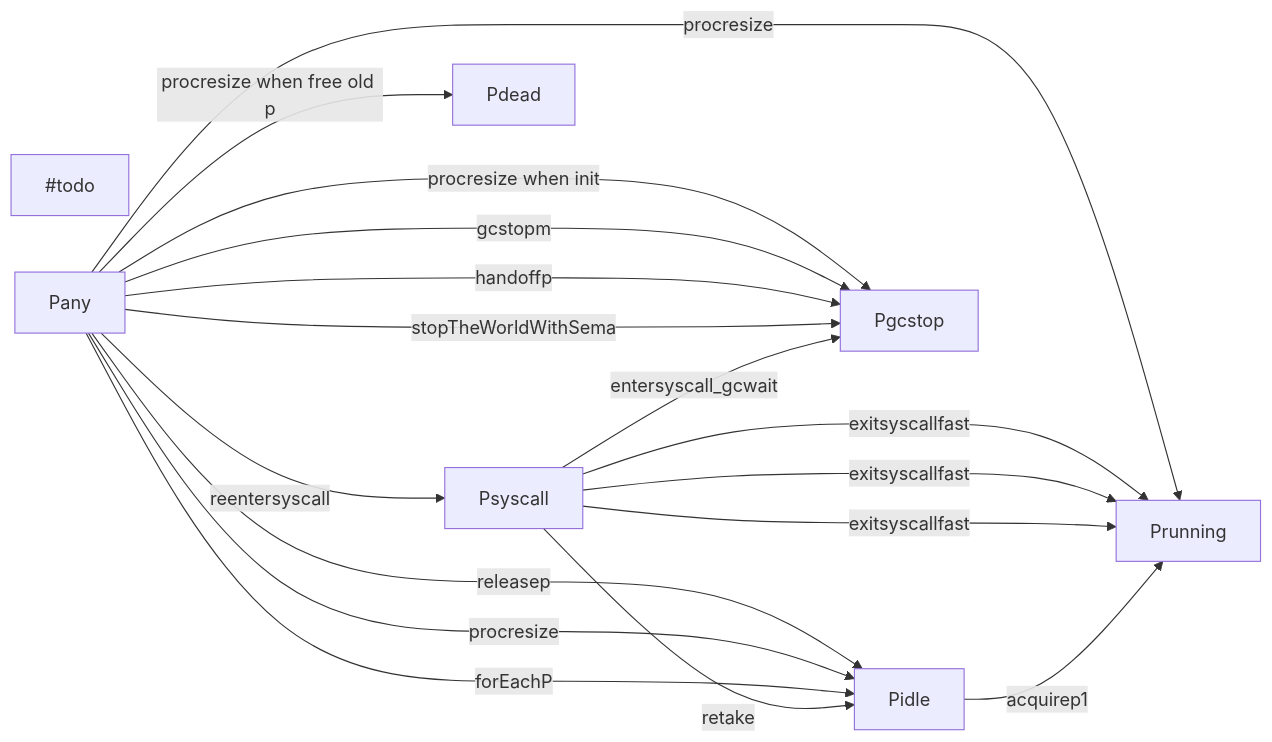
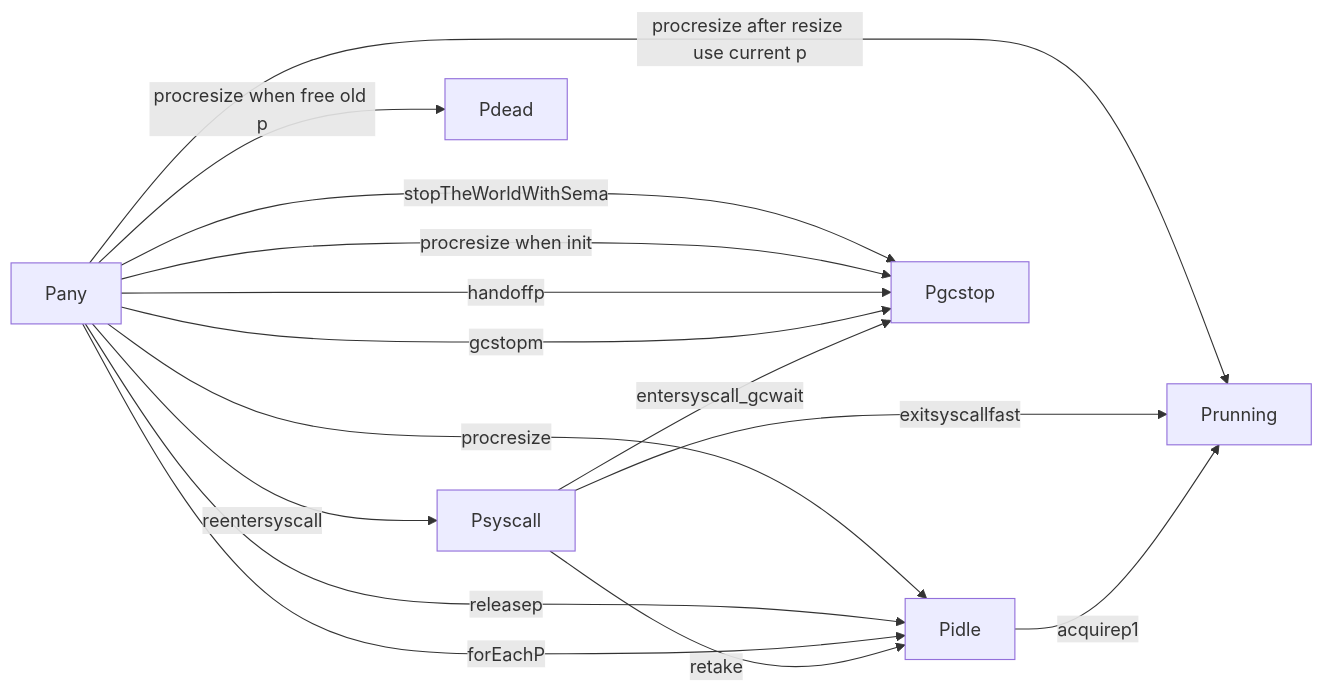
Diagram 13 of 13 in scheduler.md (cch123/golang-notes), drawn with Mermaid before and after one commit.

````diff
--- a/scheduler.md
+++ b/scheduler.md
@@ -1521,25 +1521,21 @@
 ```mermaid
 graph LR
 
 Pidle --> |acquirep1|Prunning
- #todo
 
 Psyscall --> |retake|Pidle
+Psyscall --> |entersyscall_gcwait|Pgcstop
 Psyscall --> |exitsyscallfast|Prunning
 
-Psyscall --> |entersyscall_gcwait|Pgcstop
-Psyscall --> |exitsyscallfast|Prunning
-Psyscall --> |exitsyscallfast|Prunning
-
+Pany --> |gcstopm|Pgcstop
 Pany --> |forEachP|Pidle
+Pany --> |releasep|Pidle
+Pany --> |handoffp|Pgcstop
 Pany --> |procresize|Pidle
-Pany --> |releasep|Pidle
-Pany --> |stopTheWorldWithSema|Pgcstop
-Pany --> |handoffp|Pgcstop
-Pany --> |gcstopm|Pgcstop
 Pany --> |procresize when init|Pgcstop
 Pany --> |procresize when free old p| Pdead
-Pany --> |procresize|Prunning
+Pany --> |procresize after resize use current p|Prunning
 Pany --> |reentersyscall|Psyscall
+Pany --> |stopTheWorldWithSema|Pgcstop
 
 ```
````
